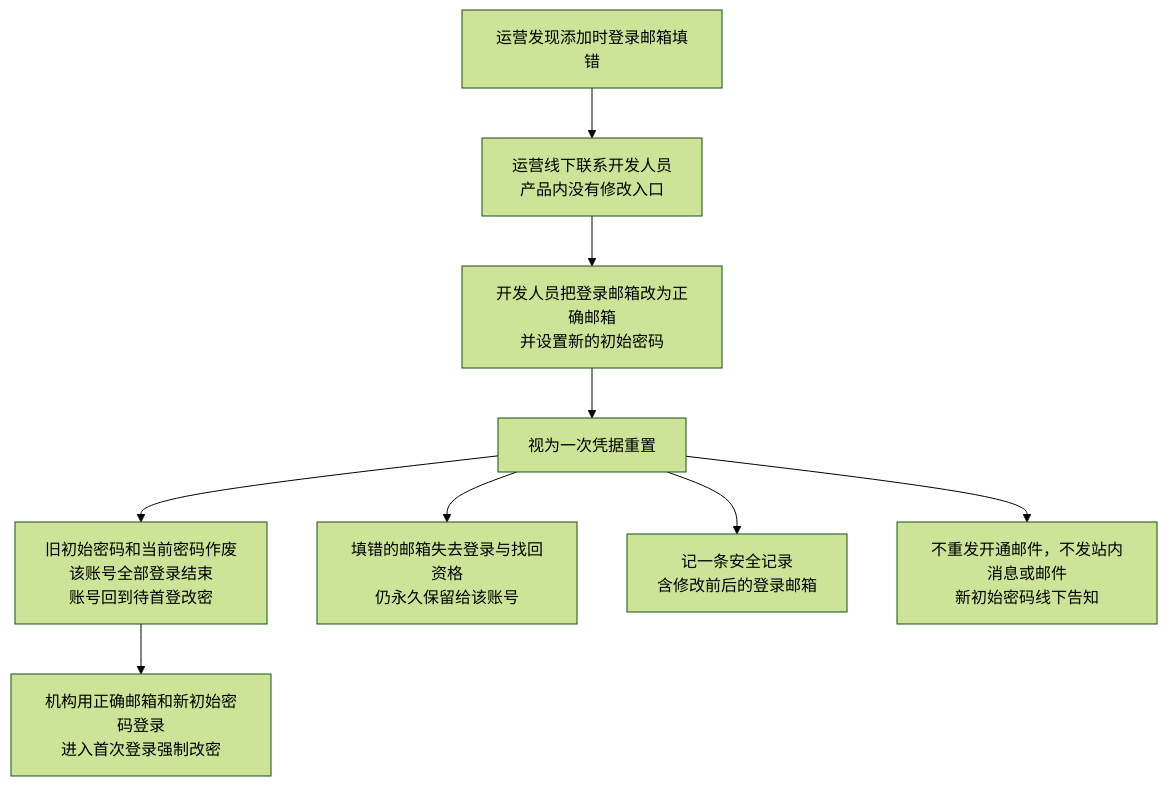
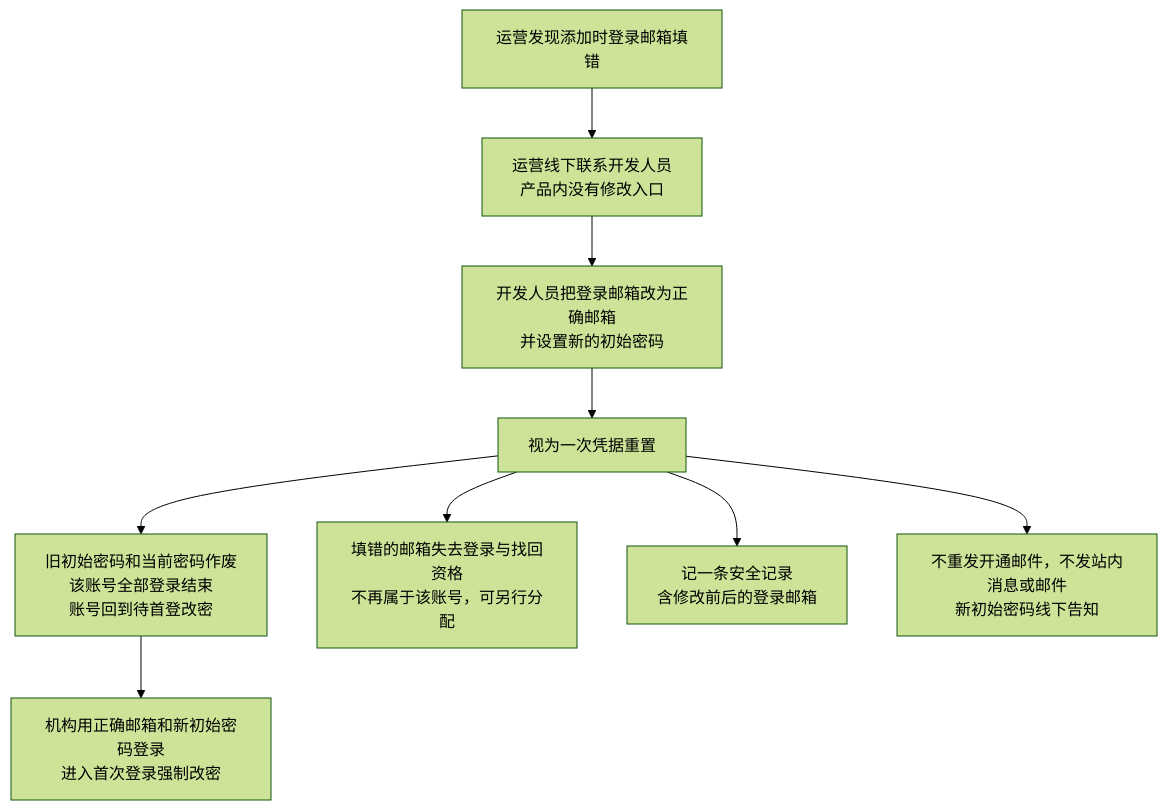
Before and after one commit to wxblockchain/Chain-Financing: the third of 3 diagrams in token-issuance-platform/PRD/管理端/M5-机构管理/02-机构管理-流程图与状态机.md, drawn with Mermaid (forest theme). The commit also changed other lines of this file and 5 other files, not shown here.

````diff
--- a/token-issuance-platform/PRD/管理端/M5-机构管理/02-机构管理-流程图与状态机.md
+++ b/token-issuance-platform/PRD/管理端/M5-机构管理/02-机构管理-流程图与状态机.md
@@ -45,11 +45,11 @@
 ```mermaid
 flowchart TD
     A[运营发现添加时登录邮箱填错] --> B[运营线下联系开发人员<br/>产品内没有修改入口]
     B --> C[开发人员把登录邮箱改为正确邮箱<br/>并设置新的初始密码]
     C --> D[视为一次凭据重置]
     D --> E[旧初始密码和当前密码作废<br/>该账号全部登录结束<br/>账号回到待首登改密]
-    D --> F[填错的邮箱失去登录与找回资格<br/>仍永久保留给该账号]
+    D --> F[填错的邮箱失去登录与找回资格<br/>不再属于该账号，可另行分配]
     D --> G[记一条安全记录<br/>含修改前后的登录邮箱]
     D --> H[不重发开通邮件，不发站内消息或邮件<br/>新初始密码线下告知]
     E --> I[机构用正确邮箱和新初始密码登录<br/>进入首次登录强制改密]
 ```
````
